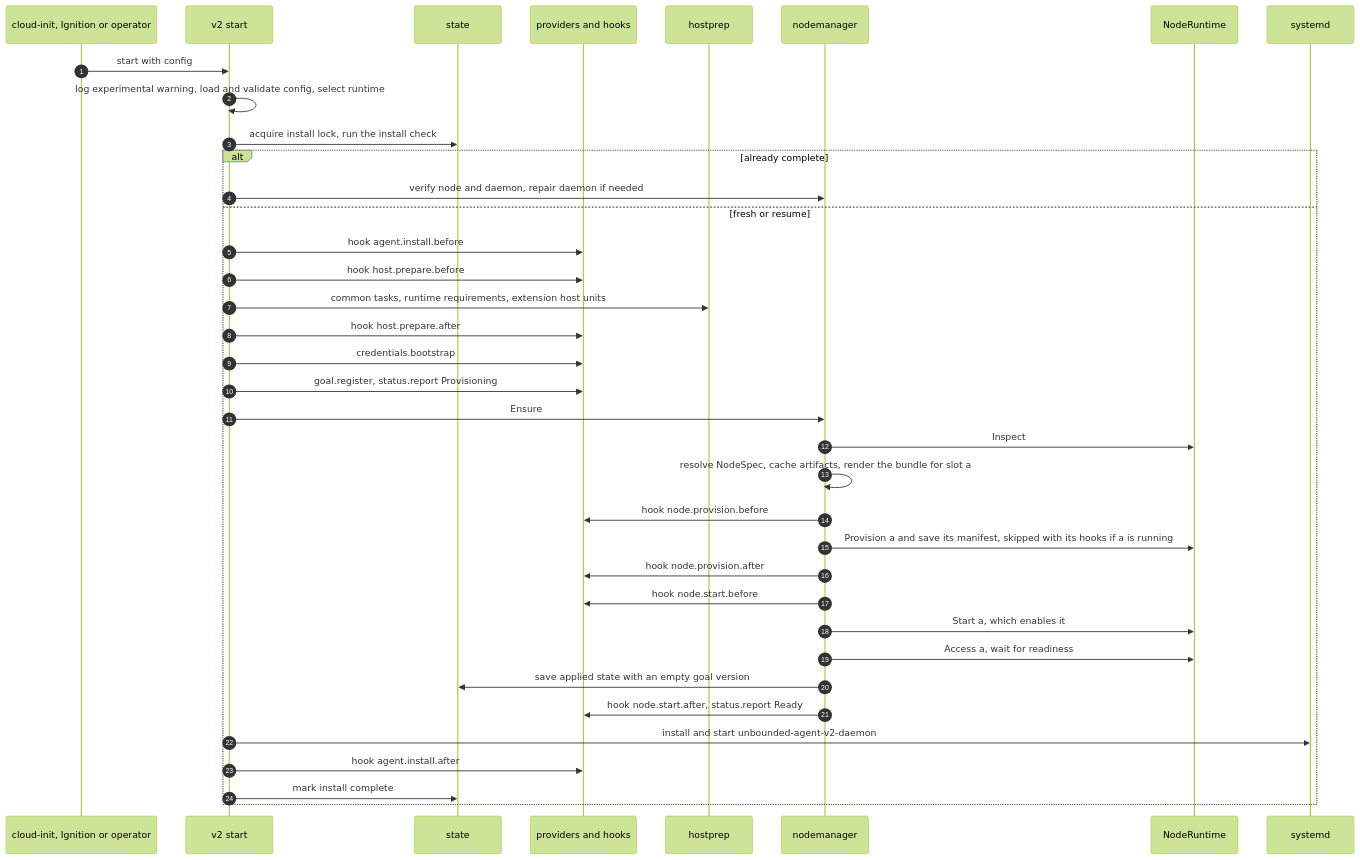
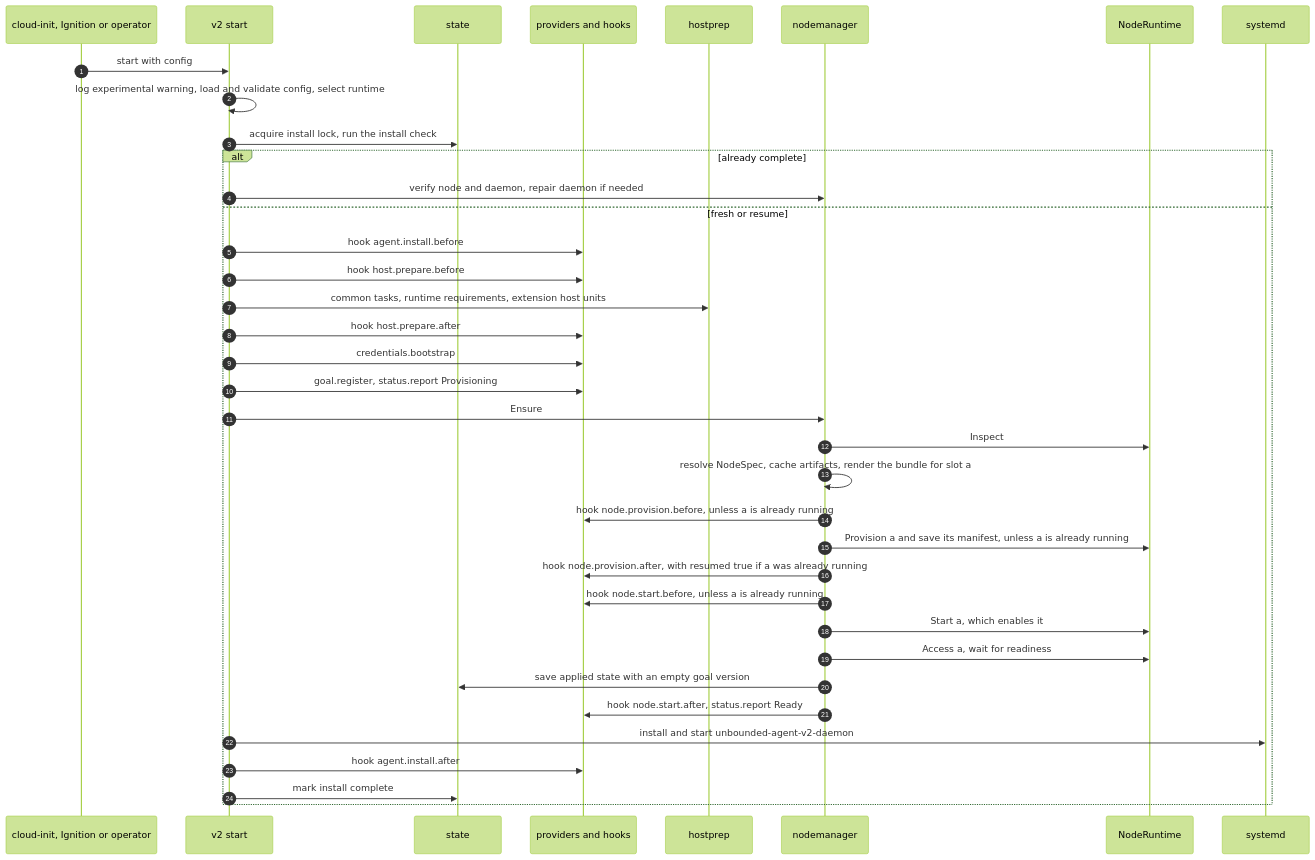
One commit to Azure/unbounded changed the third of 9 diagrams in designs/agent-v2.md. Above: the diagram before and after it, drawn with Mermaid (forest theme). The commit also changed other lines of this file, not shown here.

First line of the commit message:
designs: fix agent v2 lifecycle hook semantics from review

````diff
--- a/designs/agent-v2.md
+++ b/designs/agent-v2.md
@@ -1114,39 +1134,39 @@
 ```mermaid
 sequenceDiagram
   autonumber
   participant Op as cloud-init, Ignition or operator
   participant CLI as v2 start
   participant St as state
   participant Px as providers and hooks
   participant HP as hostprep
   participant NM as nodemanager
   participant RT as NodeRuntime
   participant SD as systemd
   Op->>CLI: start with config
   CLI->>CLI: log experimental warning, load and validate config, select runtime
   CLI->>St: acquire install lock, run the install check
   alt already complete
     CLI->>NM: verify node and daemon, repair daemon if needed
   else fresh or resume
     CLI->>Px: hook agent.install.before
     CLI->>Px: hook host.prepare.before
     CLI->>HP: common tasks, runtime requirements, extension host units
     CLI->>Px: hook host.prepare.after
     CLI->>Px: credentials.bootstrap
     CLI->>Px: goal.register, status.report Provisioning
     CLI->>NM: Ensure
     NM->>RT: Inspect
     NM->>NM: resolve NodeSpec, cache artifacts, render the bundle for slot a
-    NM->>Px: hook node.provision.before
-    NM->>RT: Provision a and save its manifest, skipped with its hooks if a is running
-    NM->>Px: hook node.provision.after
-    NM->>Px: hook node.start.before
+    NM->>Px: hook node.provision.before, unless a is already running
+    NM->>RT: Provision a and save its manifest, unless a is already running
+    NM->>Px: hook node.provision.after, with resumed true if a was already running
+    NM->>Px: hook node.start.before, unless a is already running
     NM->>RT: Start a, which enables it
     NM->>RT: Access a, wait for readiness
     NM->>St: save applied state with an empty goal version
     NM->>Px: hook node.start.after, status.report Ready
     CLI->>SD: install and start unbounded-agent-v2-daemon
     CLI->>Px: hook agent.install.after
     CLI->>St: mark install complete
   end
 ```
````
